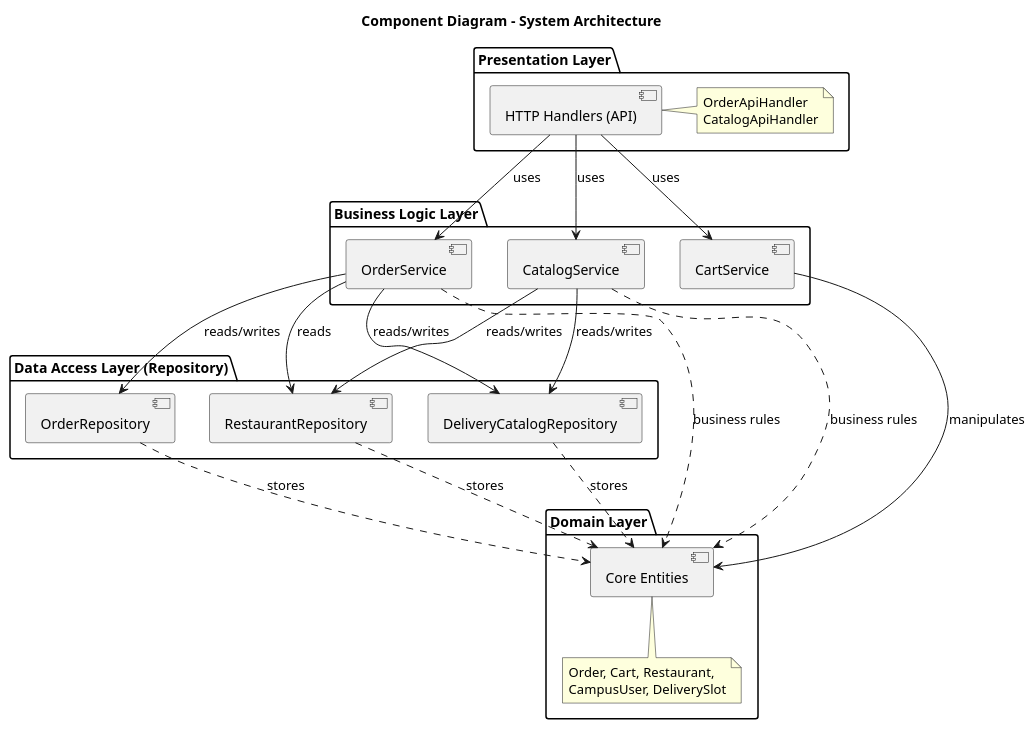
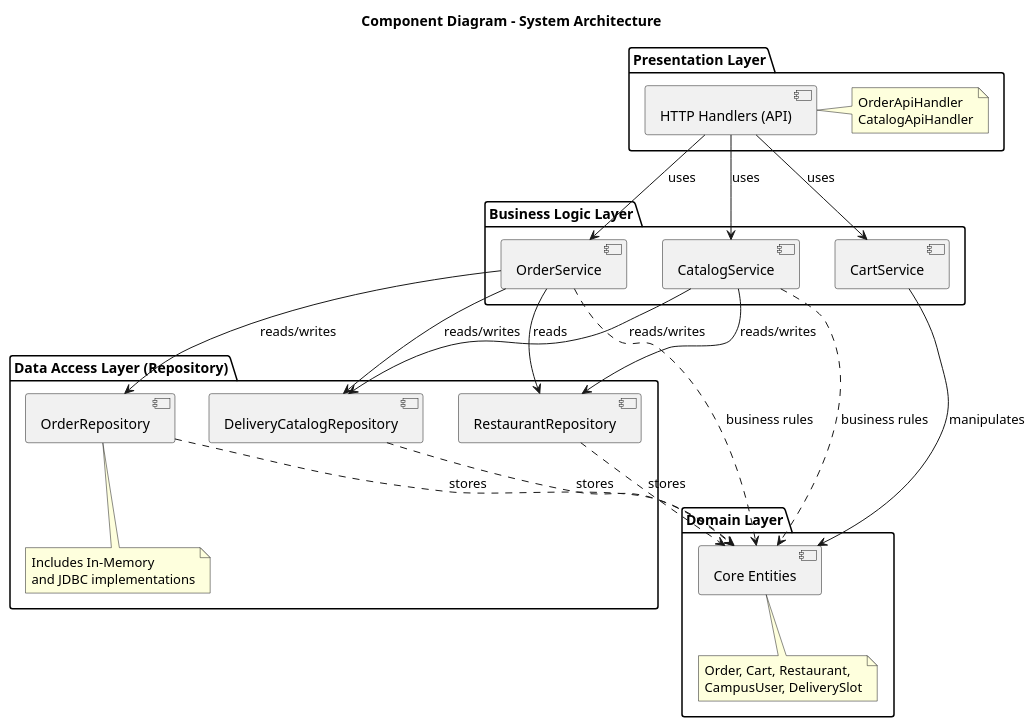
Before and after one commit to StefanB07/SophiaEats: the diagram in diagramsA2/ComponentDiagram_Architecture.puml, drawn with PlantUML. The commit also changed 4 other files, not shown here.

```diff
--- a/diagramsA2/ComponentDiagram_Architecture.puml
+++ b/diagramsA2/ComponentDiagram_Architecture.puml
@@ -1,49 +1,50 @@
 @startuml
 title Component Diagram - System Architecture
 
 ' Aceasta diagrama arata arhitectura de componente a sistemului SophiaTech Eats.
 
 package "Presentation Layer" {
   [HTTP Handlers (API)] as handlers
   note right of handlers : OrderApiHandler\nCatalogApiHandler
 }
 
 package "Business Logic Layer" {
   [OrderService] as orderSvc
   [CatalogService] as catalogSvc
   [CartService] as cartSvc
 }
 
 package "Data Access Layer (Repository)" {
   [OrderRepository] as orderRepo
   [RestaurantRepository] as restRepo
   [DeliveryCatalogRepository] as deliveryRepo
+  note bottom of orderRepo : Includes In-Memory\nand JDBC implementations
 }
 
 package "Domain Layer" {
   [Core Entities] as domain
   note bottom of domain : Order, Cart, Restaurant,\nCampusUser, DeliverySlot
 }
 
 ' Relationships
 handlers --> orderSvc : uses
 handlers --> catalogSvc : uses
 handlers --> cartSvc : uses
 
 orderSvc --> orderRepo : reads/writes
 orderSvc --> deliveryRepo : reads/writes
 orderSvc --> restRepo : reads
 
 catalogSvc --> restRepo : reads/writes
 catalogSvc --> deliveryRepo : reads/writes
 
 cartSvc --> domain : manipulates
 
 orderRepo ..> domain : stores
 restRepo ..> domain : stores
 deliveryRepo ..> domain : stores
 
 orderSvc ..> domain : business rules
 catalogSvc ..> domain : business rules
 
 @enduml
```
